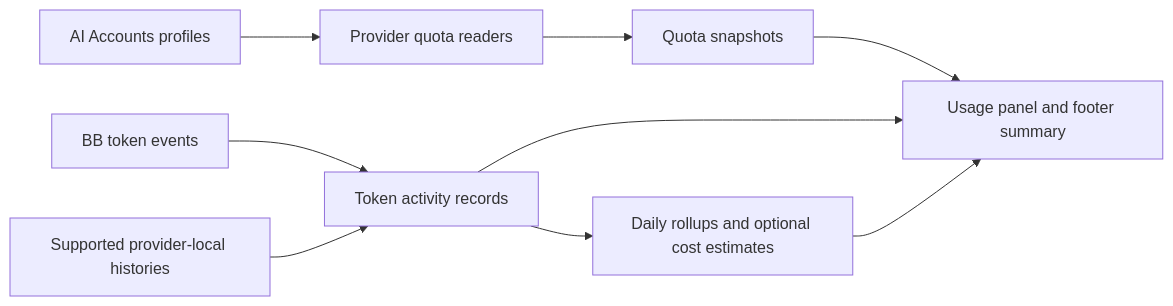
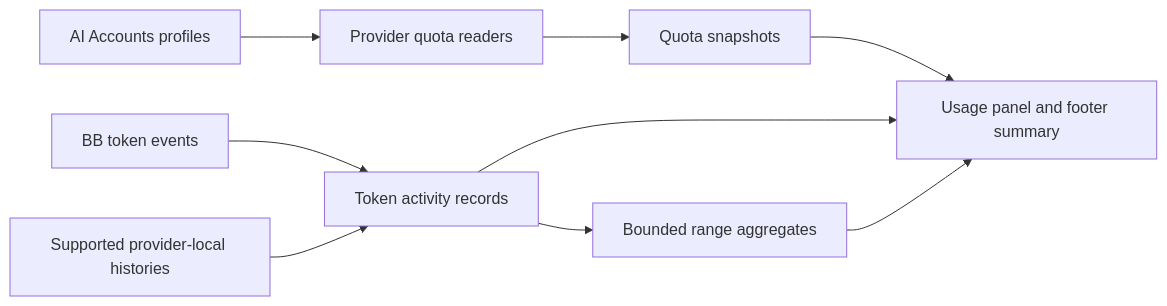
Before and after one commit to astahmer/nixfiles: the first of 2 diagrams in plans/ai-accounts-usage.md, drawn with Mermaid. The commit also changed other lines of this file and 11 other files, not shown here.

````diff
--- a/plans/ai-accounts-usage.md
+++ b/plans/ai-accounts-usage.md
@@ -39,11 +39,11 @@
 ```mermaid
 flowchart LR
   A[AI Accounts profiles] --> Q[Provider quota readers]
   Q --> S[Quota snapshots]
   B[BB token events] --> T[Token activity records]
   C[Supported provider-local histories] --> T
   S --> D[Usage panel and footer summary]
   T --> D
-  T --> R[Daily rollups and optional cost estimates]
+  T --> R[Bounded range aggregates]
   R --> D
 ```
````
